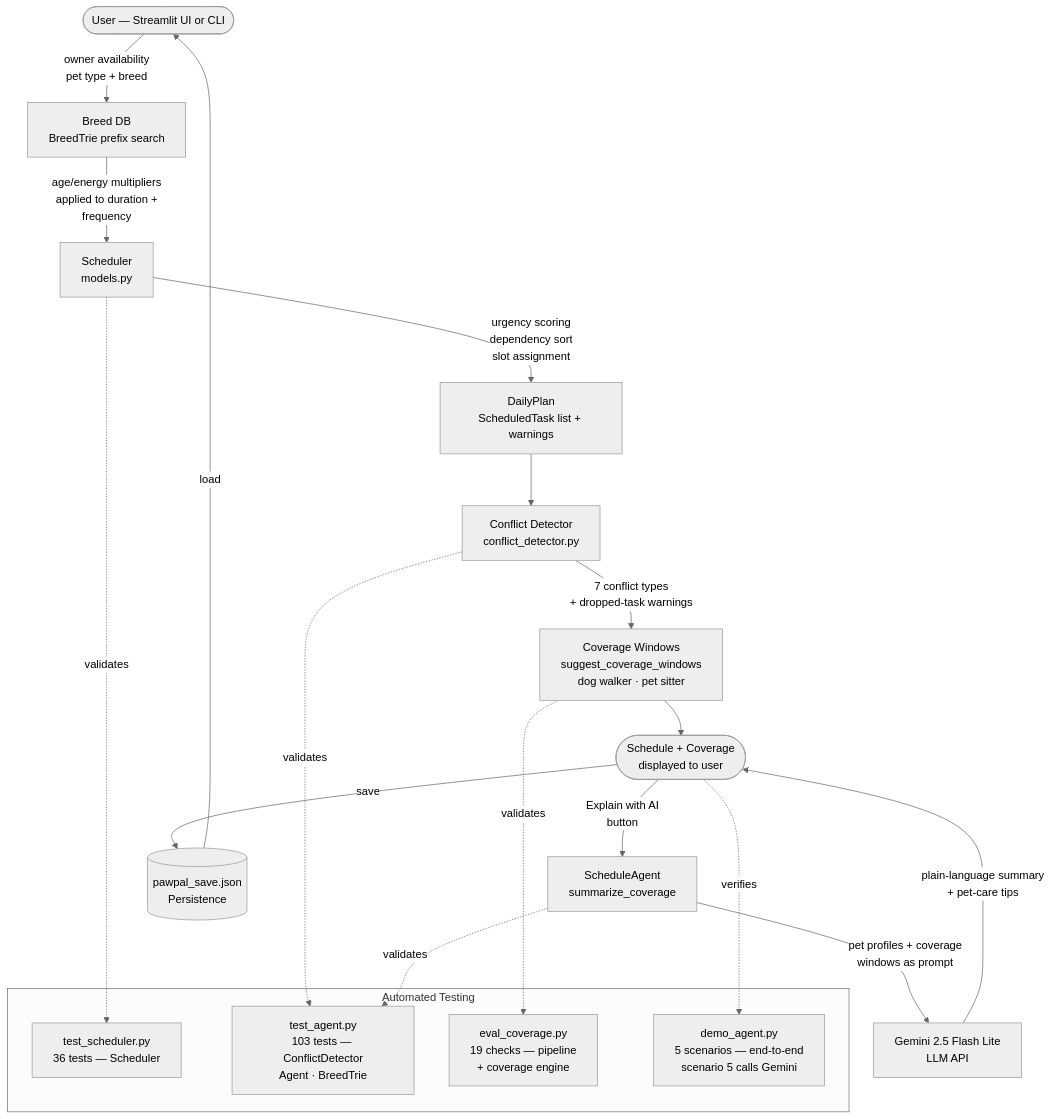
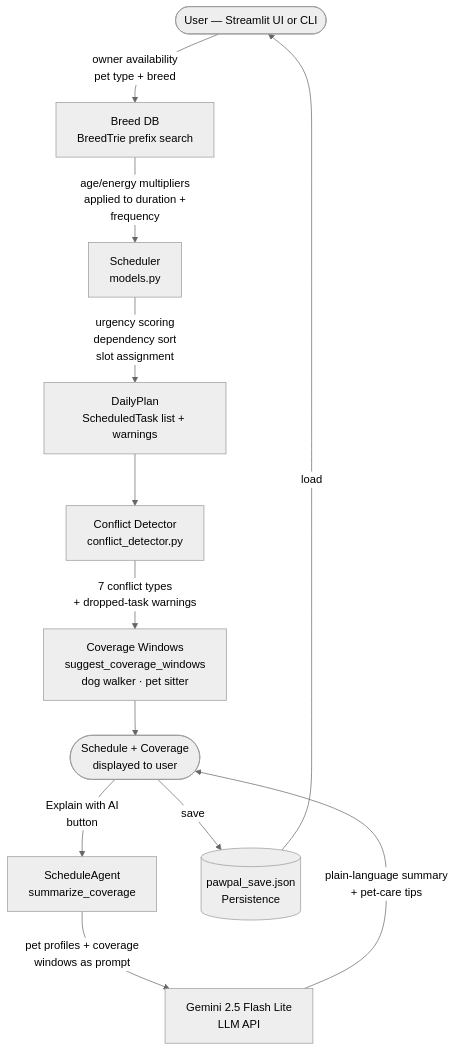
The diagram in README.md (serena42/pawpal-applied-ai-final), drawn with Mermaid (neutral theme) before and after one commit. The commit also changed other lines of this file and 2 other files, not shown here.

Commit message:
Fix duplicate walk coverage; clean up diagram and test counts
- conflict_detector: skip unavailability-block walk suggestion when
  the scheduler already dropped a walk occurrence — section 3 covers
  the missing slot, so section 2 was generating a redundant entry
- README: remove Testing subgraph from architecture diagram; update
  test counts to 128 total (36 scheduler, 92 agent)
- model_card: update test counts to match (128 / 92)

````diff
--- a/README.md
+++ b/README.md
@@ -42,36 +42,23 @@
 ```mermaid
 flowchart TD
     A([User — Streamlit UI or CLI]) -->|owner availability\npet type + breed| B
 
     B[Breed DB\nBreedTrie prefix search] -->|age/energy multipliers\napplied to duration +\nfrequency| C
 
     C[Scheduler\nmodels.py] -->|urgency scoring\ndependency sort\nslot assignment| D
 
     D[DailyPlan\nScheduledTask list + warnings] --> E
 
     E[Conflict Detector\nconflict_detector.py] -->|7 conflict types\n+ dropped-task warnings| F
 
     F[Coverage Windows\nsuggest_coverage_windows\ndog walker · pet sitter] --> G
 
     G([Schedule + Coverage\ndisplayed to user])
 
     G -->|Explain with AI\nbutton| H[ScheduleAgent\nsummarize_coverage]
     H -->|pet profiles + coverage\nwindows as prompt| I1[Gemini 2.5 Flash Lite\nLLM API]
     I1 -->|plain-language summary\n+ pet-care tips| G
 
     G -->|save| L[(pawpal_save.json\nPersistence)]
     L -->|load| A
-
-    subgraph Testing ["Automated Testing"]
-        T1[test_scheduler.py\n36 tests — Scheduler]
-        T2[test_agent.py\n103 tests — ConflictDetector\nAgent · BreedTrie]
-        T3[eval_coverage.py\n19 checks — pipeline\n+ coverage engine]
-        T4[demo_agent.py\n5 scenarios — end-to-end\nscenario 5 calls Gemini]
-    end
-
-    C -.->|validates| T1
-    E -.->|validates| T2
-    H -.->|validates| T2
-    F -.->|validates| T3
-    G -.->|verifies| T4
 ```
````
